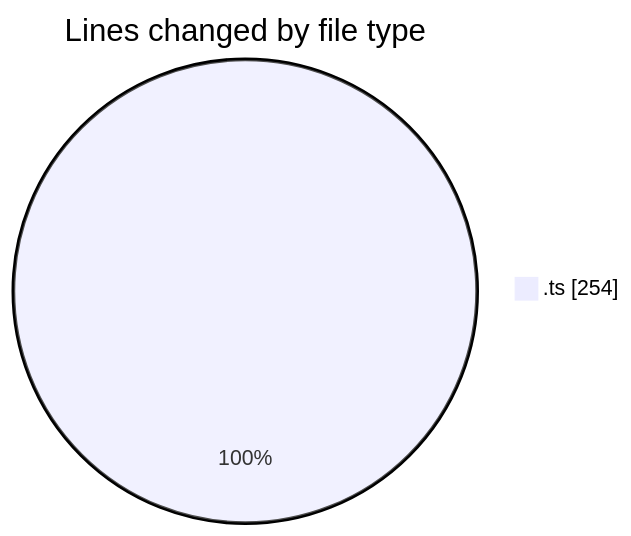
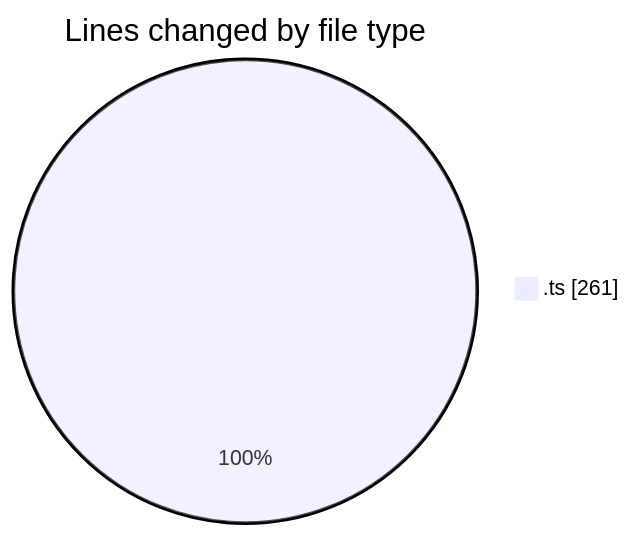
Before and after one commit to momahboobian/code-tracking: the first of 2 diagrams in 2025-01-14/github-activity-tracker/README.md, drawn with Mermaid. The commit also changed other lines of this file and 1 other file, not shown here.

````diff
--- a/2025-01-14/github-activity-tracker/README.md
+++ b/2025-01-14/github-activity-tracker/README.md
@@ -25,5 +25,5 @@
 ```mermaid
 pie showData
 title Lines changed by file type
-".ts" : 254
+".ts" : 261
 ```
````
